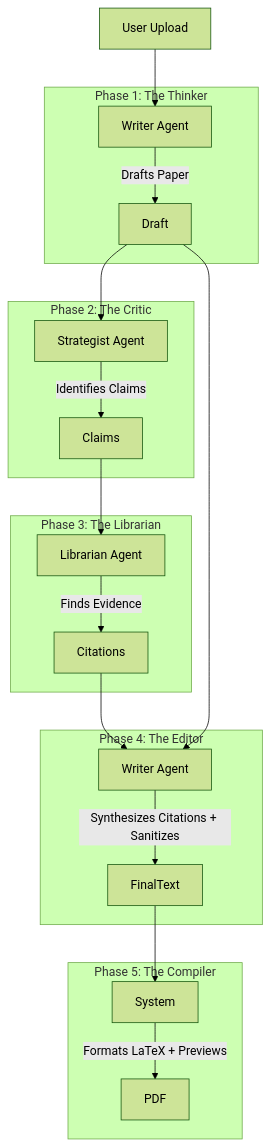
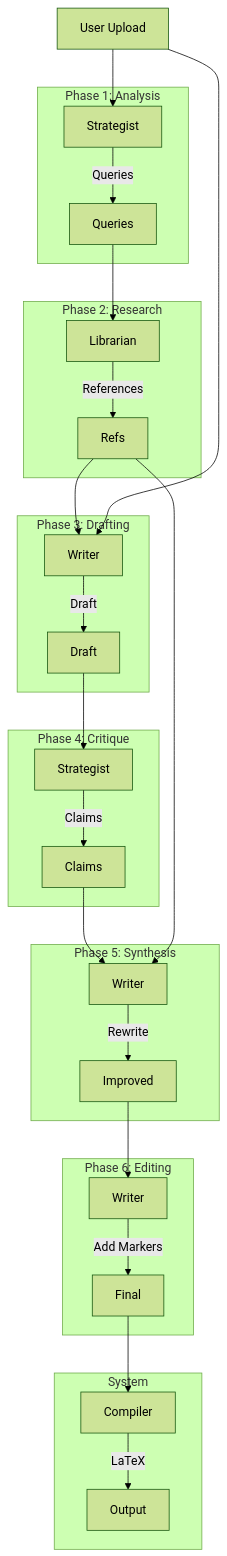
Before and after one commit to keithligh/Auto-Academic-Paper-RC1: the diagram in ARCHITECTURE.md, drawn with Mermaid (forest theme). The commit also changed other lines of this file and 8 other files, not shown here.

````diff
--- a/ARCHITECTURE.md
+++ b/ARCHITECTURE.md
@@ -75,24 +81,39 @@
 ```mermaid
 graph TD
     User[User Upload] --> P1
-    subgraph "Phase 1: The Thinker"
-    P1[Writer Agent] -->|Drafts Paper| Draft
+    subgraph "Phase 1: Analysis"
+    P1[Strategist] -->|Queries| Queries
     end
-    Draft --> P2
-    subgraph "Phase 2: The Critic"
-    P2[Strategist Agent] -->|Identifies Claims| Claims
+
+    Queries --> P2
+    subgraph "Phase 2: Research"
+    P2[Librarian] -->|References| Refs
     end
-    Claims --> P3
-    subgraph "Phase 3: The Librarian"
-    P3[Librarian Agent] -->|Finds Evidence| Citations
+
+    Refs --> P3
+    User --> P3
+    subgraph "Phase 3: Drafting"
+    P3[Writer] -->|Draft| Draft
     end
-    Citations --> P4
+
     Draft --> P4
-    subgraph "Phase 4: The Editor"
-    P4[Writer Agent] -->|Synthesizes Citations + Sanitizes| FinalText
+    subgraph "Phase 4: Critique"
+    P4[Strategist] -->|Claims| Claims
     end
-    FinalText --> P5
-    subgraph "Phase 5: The Compiler"
-    P5[System] -->|Formats LaTeX + Previews| PDF
+
+    Claims --> P5
+    Refs --> P5
+    subgraph "Phase 5: Synthesis"
+    P5[Writer] -->|Rewrite| Improved
+    end
+
+    Improved --> P6
+    subgraph "Phase 6: Editing"
+    P6[Writer] -->|Add Markers| Final
+    end
+
+    Final --> Compiler
+    subgraph "System"
+    Compiler -->|LaTeX| Output
     end
 ```
````
